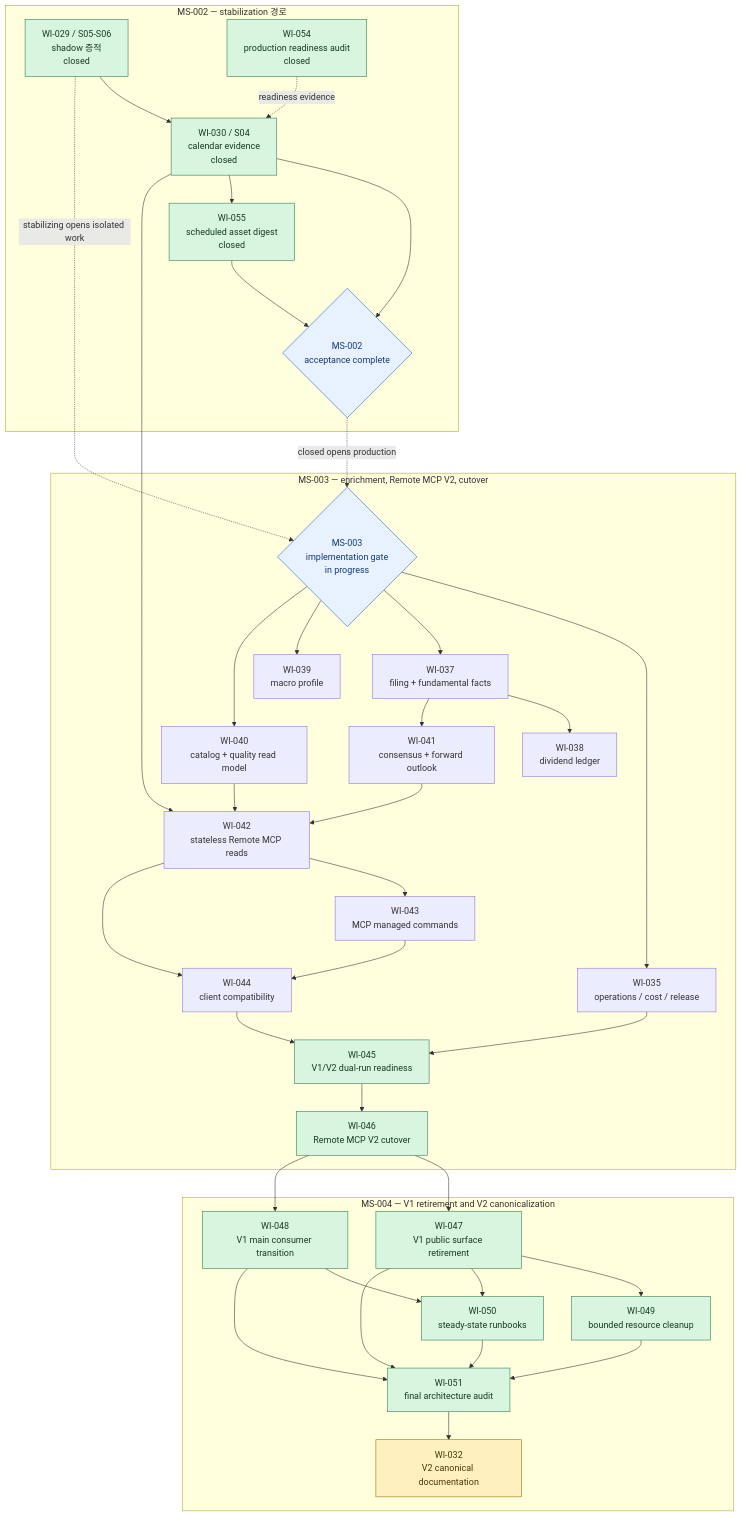
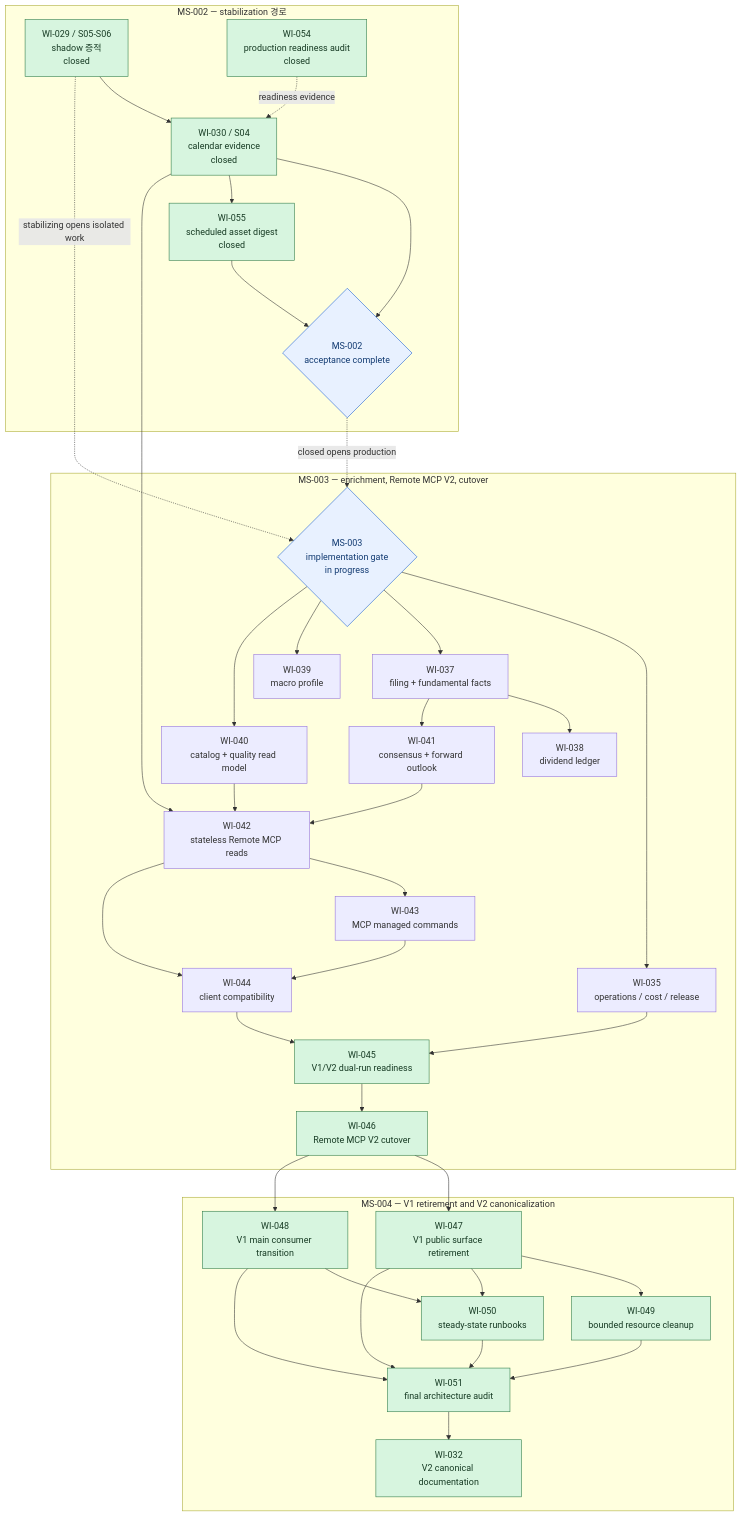
Before and after one commit to meringue5/KIS_Portfolio_MCP: the third of 3 diagrams in docs/milestones/README.md, drawn with Mermaid. The commit also changed other lines of this file and 6 other files, not shown here.

````diff
--- a/docs/milestones/README.md
+++ b/docs/milestones/README.md
@@ -142,82 +141,82 @@
 ```mermaid
 flowchart TB
     subgraph M2["MS-002 — stabilization 경로"]
         W29["WI-029 / S05-S06<br/>shadow 증적<br/>closed"]
         W30["WI-030 / S04<br/>calendar evidence<br/>closed"]
         W54["WI-054<br/>production readiness audit<br/>closed"]
         W55["WI-055<br/>scheduled asset digest<br/>closed"]
         M2DONE{"MS-002<br/>acceptance complete"}
         W29 --> W30 --> M2DONE
         W30 --> W55 --> M2DONE
         W54 -. readiness evidence .-> W30
     end
 
     subgraph M3["MS-003 — enrichment, Remote MCP V2, cutover"]
         M3OPEN{"MS-003<br/>implementation gate<br/>in progress"}
         W35["WI-035<br/>operations / cost / release"]
         W37["WI-037<br/>filing + fundamental facts"]
         W38["WI-038<br/>dividend ledger"]
         W39["WI-039<br/>macro profile"]
         W40["WI-040<br/>catalog + quality read model"]
         W41["WI-041<br/>consensus + forward outlook"]
         W42["WI-042<br/>stateless Remote MCP reads"]
         W43["WI-043<br/>MCP managed commands"]
         W44["WI-044<br/>client compatibility"]
         W45["WI-045<br/>V1/V2 dual-run readiness"]
         W46["WI-046<br/>Remote MCP V2 cutover"]
 
         M3OPEN --> W35
         M3OPEN --> W37
         M3OPEN --> W39
         M3OPEN --> W40
         W37 --> W38
         W37 --> W41
         W30 --> W42
         W40 --> W42
         W41 --> W42
         W42 --> W43
         W42 --> W44
         W43 --> W44
         W35 --> W45
         W44 --> W45 --> W46
     end
 
     subgraph M4["MS-004 — V1 retirement and V2 canonicalization"]
         W47["WI-047<br/>V1 public surface retirement"]
         W48["WI-048<br/>V1 main consumer transition"]
         W49["WI-049<br/>bounded resource cleanup"]
         W50["WI-050<br/>steady-state runbooks"]
         W51["WI-051<br/>final architecture audit"]
         W32["WI-032<br/>V2 canonical documentation"]
 
         W46 --> W47
         W46 --> W48
         W47 --> W49
         W47 --> W50
         W48 --> W50
         W47 --> W51
         W48 --> W51
         W49 --> W51
         W50 --> W51
         W51 --> W32
     end
 
     W29 -. stabilizing opens isolated work .-> M3OPEN
     M2DONE -. closed opens production .-> M3OPEN
 
     classDef active fill:#fff1bf,stroke:#9a6b00,color:#4b3500;
     classDef closed fill:#d7f5df,stroke:#2d7a46,color:#173b24;
     classDef ready fill:#e8f1ff,stroke:#175cd3,color:#123b72;
     classDef blocked fill:#fde2e2,stroke:#b42318,color:#5b1712;
     classDef proposed fill:#eef1f5,stroke:#667085,color:#344054;
     classDef gate fill:#e8f1ff,stroke:#175cd3,color:#123b72;
     class W29,W30,W54,W55 closed;
     class W35,W40 verified;
     class W37,W38,W39,W41,W42,W43,W44 verified;
     class W45 closed;
     class W46,W47,W48,W49 closed;
     class W50 closed;
     class W51 closed;
-    class W32 active;
+    class W32 closed;
     class M2DONE,M3OPEN gate;
 ```
````
